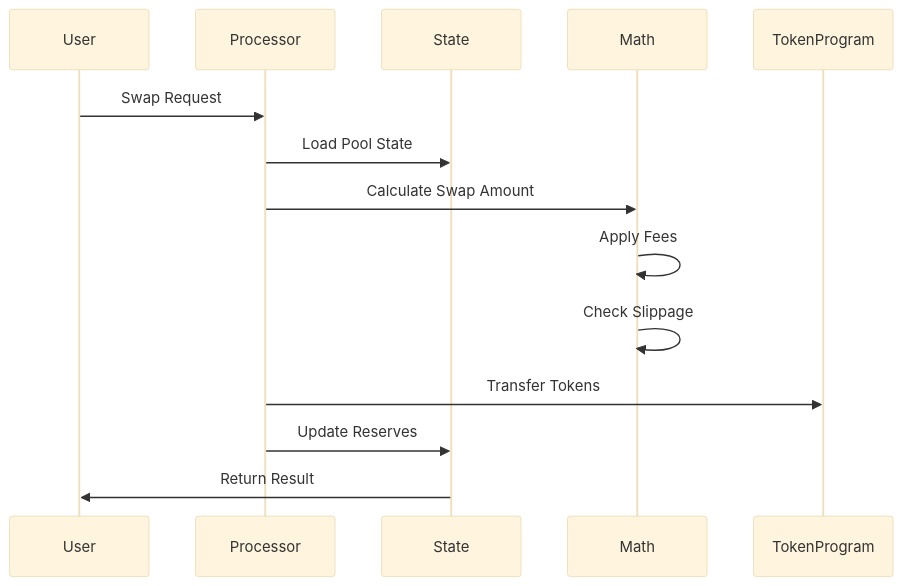
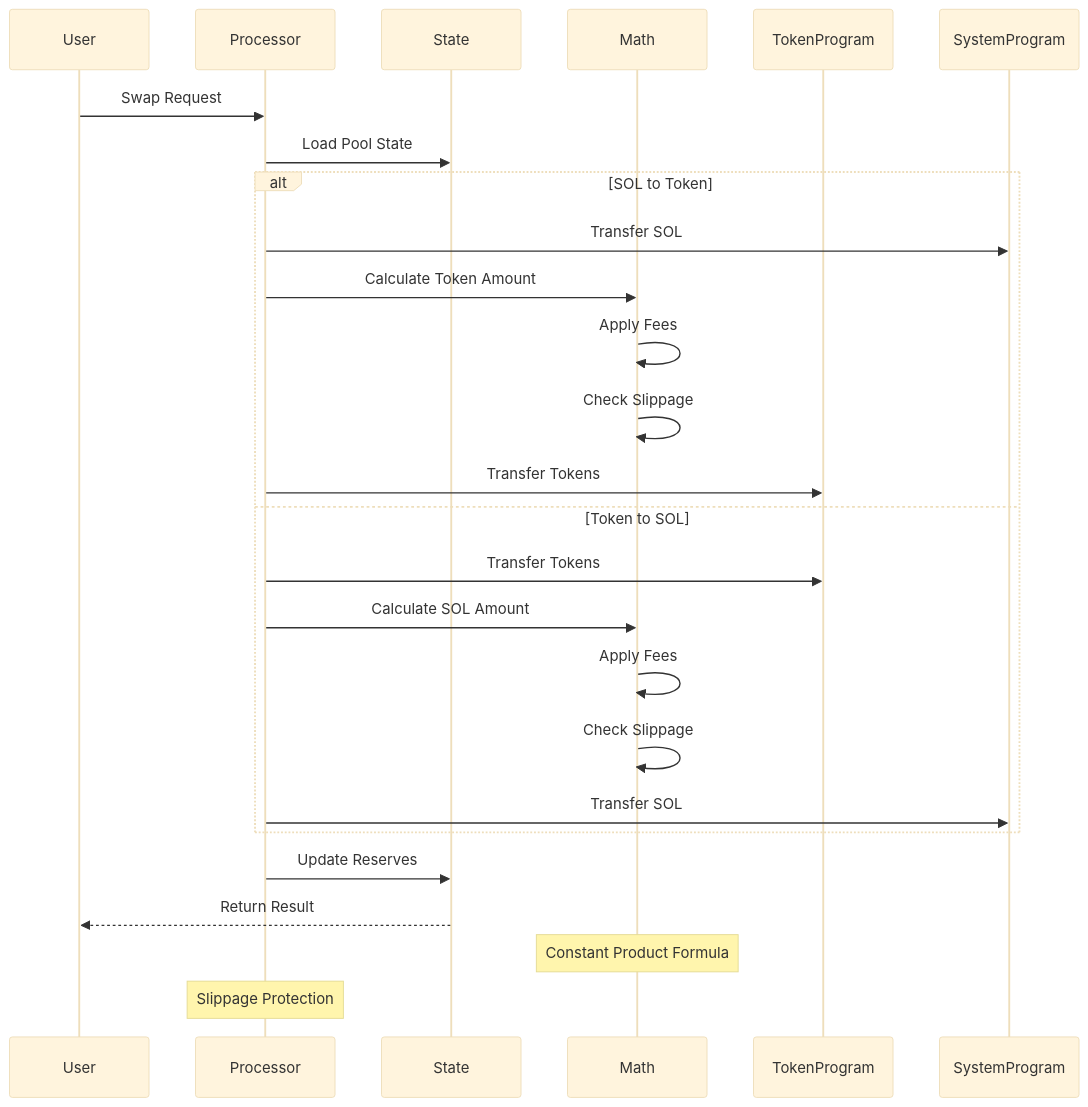
One commit to twannasleep/simple-token-exchange changed the third of 8 diagrams in docs/code-workflow.md. Above: the diagram before and after it, drawn with Mermaid (base theme). The commit also changed other lines of this file and 2 other files, not shown here.

````diff
--- a/docs/code-workflow.md
+++ b/docs/code-workflow.md
@@ -37,17 +53,32 @@
 ```mermaid
 sequenceDiagram
     participant User
     participant Processor
     participant State
     participant Math
     participant TokenProgram
+    participant SystemProgram
 
     User->>Processor: Swap Request
     Processor->>State: Load Pool State
-    Processor->>Math: Calculate Swap Amount
-    Math->>Math: Apply Fees
-    Math->>Math: Check Slippage
-    Processor->>TokenProgram: Transfer Tokens
+    
+    alt SOL to Token
+        Processor->>SystemProgram: Transfer SOL
+        Processor->>Math: Calculate Token Amount
+        Math->>Math: Apply Fees
+        Math->>Math: Check Slippage
+        Processor->>TokenProgram: Transfer Tokens
+    else Token to SOL
+        Processor->>TokenProgram: Transfer Tokens
+        Processor->>Math: Calculate SOL Amount
+        Math->>Math: Apply Fees
+        Math->>Math: Check Slippage
+        Processor->>SystemProgram: Transfer SOL
+    end
+
     Processor->>State: Update Reserves
-    State->>User: Return Result
+    State-->>User: Return Result
+
+    Note over Math: Constant Product Formula
+    Note over Processor: Slippage Protection
 ```
````
